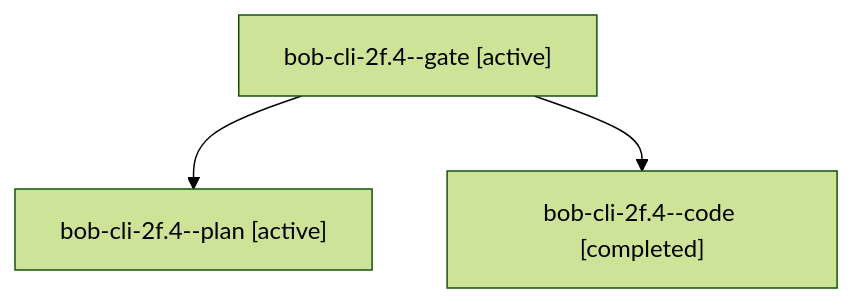
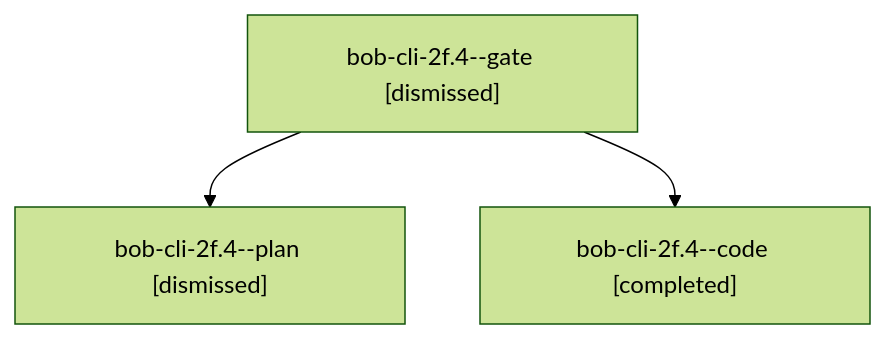
Before and after one commit to bobs-org/bob-cli--agents: the diagram in sessions/bbugyi200.apollo.bob-cli-2f.4.md, drawn with Mermaid (forest theme). The commit also changed other lines of this file and 149 other files, not shown here.

````diff
--- a/sessions/bbugyi200.apollo.bob-cli-2f.4.md
+++ b/sessions/bbugyi200.apollo.bob-cli-2f.4.md
@@ -9,8 +9,8 @@
 ```mermaid
 flowchart TD
-  n0["bob-cli-2f.4--gate [active]"]
-  n1["bob-cli-2f.4--plan [active]"]
+  n0["bob-cli-2f.4--gate [dismissed]"]
+  n1["bob-cli-2f.4--plan [dismissed]"]
   n0 --> n1
   n2["bob-cli-2f.4--code [completed]"]
   n0 --> n2
 ```
````
